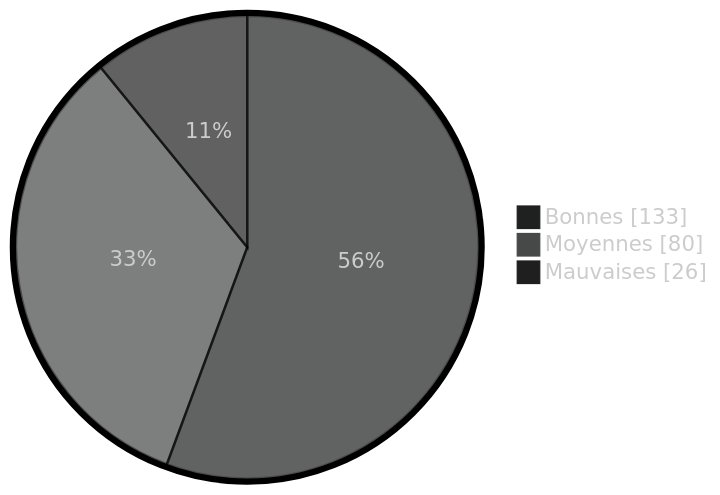
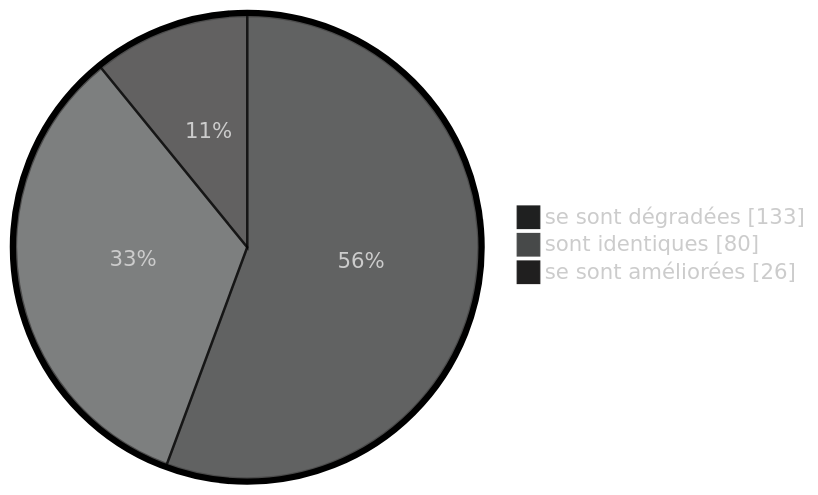
One commit to MadMaxTest-afk/hugoplate changed the second of 2 diagrams in content/english/pages/enquete.md. Above: the diagram before and after it, drawn with Mermaid.

````diff
--- a/content/english/pages/enquete.md
+++ b/content/english/pages/enquete.md
@@ -33,17 +33,17 @@
 ```mermaid
 ---
 config:
   pie:
     textPosition: 0.5
   themeVariables:
     pieOuterStrokeWidth: 5px
   theme: neo-dark
 ---
 pie showData
     title 
-    "Bonnes" : 133
-    "Moyennes" : 80
-    "Mauvaises" : 26
+    "se sont dégradées" : 133
+    "sont identiques" : 80
+    "se sont améliorées" : 26
     
     
 ```
````
